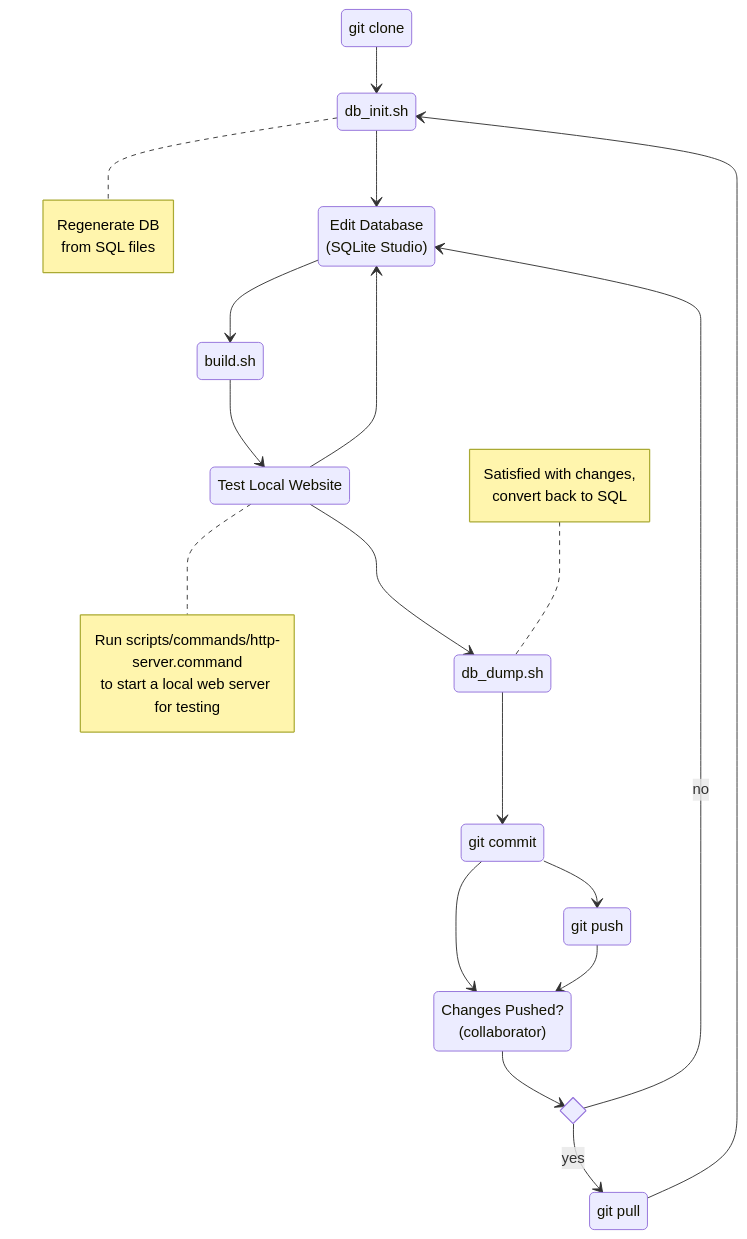
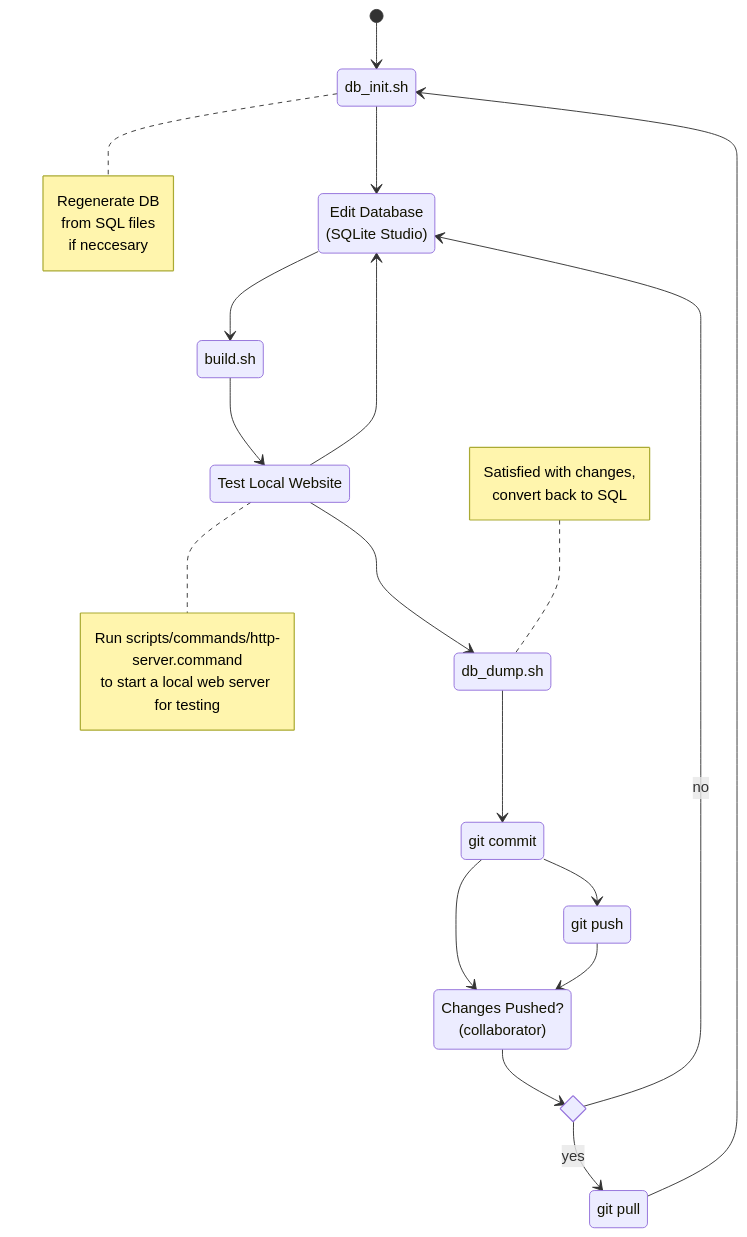
One commit to pupitetris/Exploratorium changed the third of 4 diagrams in README.md. Above: the diagram before and after it, drawn with Mermaid. The commit also changed other lines of this file, not shown here.

````diff
--- a/README.md
+++ b/README.md
@@ -333,38 +345,38 @@
 ```mermaid
 stateDiagram
     direction TB
-    gitclone : git clone
-    gitclone --> db_init.sh
+    [*] --> db_init.sh
     note right of db_init.sh
         Regenerate DB
         from SQL files
+        if neccesary
     end note
     edit : Edit Database<br/>(SQLite Studio)
     db_init.sh --> edit
     edit --> build.sh
     test : Test Local Website
     note right of test
         Run scripts/commands/http-server.command
         to start a local web server for testing
     end note 
     build.sh --> test
     test --> edit
     test --> db_dump.sh: 
     gitcommit : git commit
     db_dump.sh --> gitcommit
     note left of db_dump.sh
         Satisfied with changes,
         convert back to SQL
     end note
     gitpush : git push
     gitcommit --> gitpush
     gitcommit --> outside
     outside : Changes Pushed?<br/>(collaborator)
     gitpush --> outside
     gitpull : git pull
     state if_outside <<choice>>
     outside --> if_outside
     if_outside --> gitpull : yes
     if_outside --> edit : no
     gitpull --> db_init.sh
 ```
````
